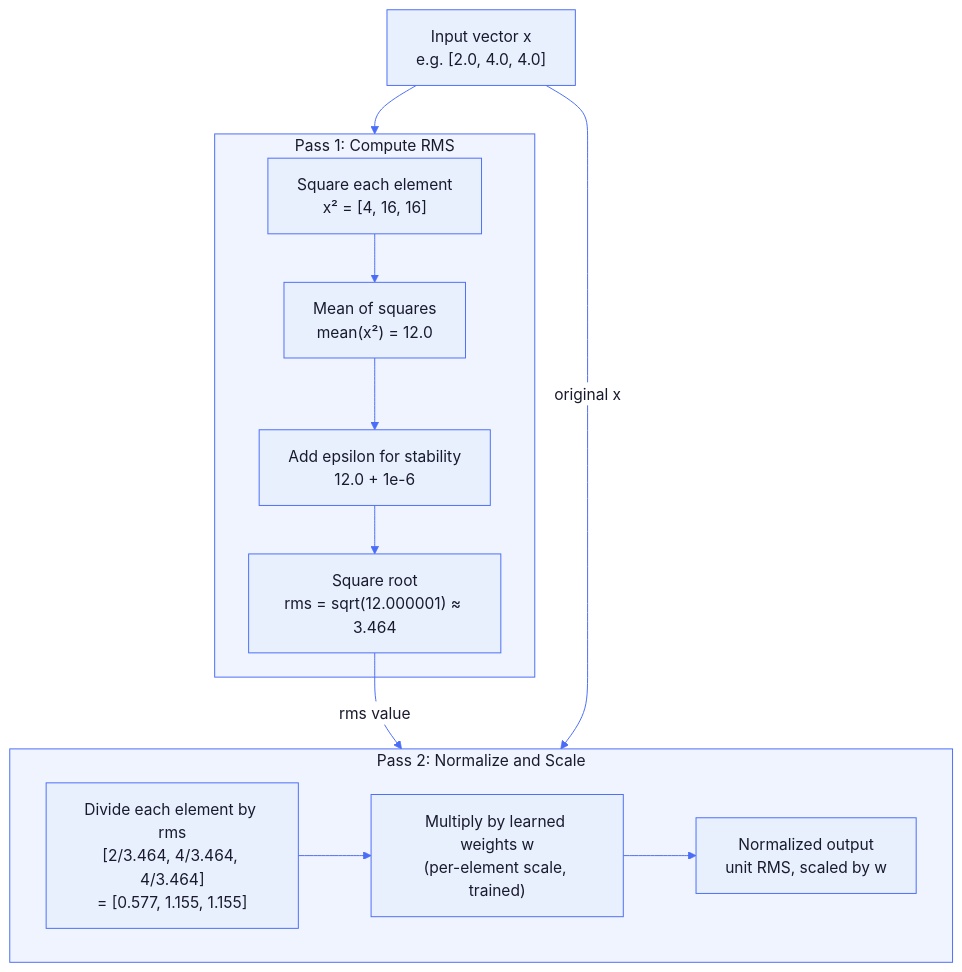
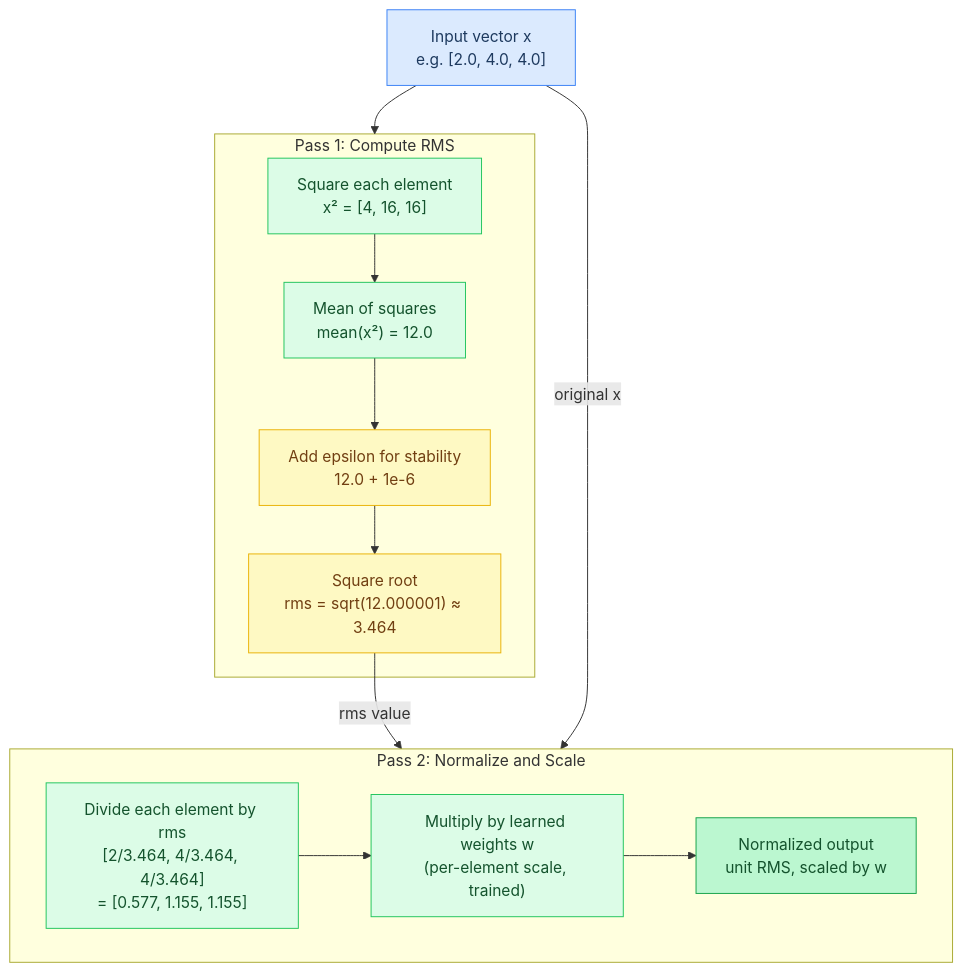
The fifth of 8 diagrams in docs/tutorial/appendix-math.md (maci0/agave), drawn with Mermaid before and after one commit. The commit also changed other lines of this file and 24 other files, not shown here.

First line of the commit message:
docs: convert all mermaid diagrams to classDef semantic colors

````diff
--- a/docs/tutorial/appendix-math.md
+++ b/docs/tutorial/appendix-math.md
@@ -355,37 +347,30 @@
 ```mermaid
-%%{init: {'theme': 'base', 'themeVariables': {
-  'primaryColor': '#e8f0fe',
-  'primaryTextColor': '#1a1a2e',
-  'primaryBorderColor': '#4a6cf7',
-  'lineColor': '#4a6cf7',
-  'secondaryColor': '#f0f4ff',
-  'tertiaryColor': '#f8f9ff',
-  'edgeLabelBackground': '#ffffff',
-  'clusterBkg': '#f0f4ff',
-  'clusterBorder': '#4a6cf7',
-  'titleColor': '#1a1a2e',
-  'nodeTextColor': '#1a1a2e',
-  'fontFamily': 'ui-monospace, SFMono-Regular, monospace'
-}}}%%
 flowchart TD
-    Input["Input vector x\ne.g. [2.0, 4.0, 4.0]"]
+    classDef setup     fill:#dbeafe,stroke:#3b82f6,color:#1e3a5f
+    classDef sync      fill:#dcfce7,stroke:#22c55e,color:#14532d
+    classDef migration fill:#fef9c3,stroke:#eab308,color:#713f12
+    classDef success   fill:#bbf7d0,stroke:#16a34a,color:#14532d
+    classDef danger    fill:#fee2e2,stroke:#ef4444,color:#7f1d1d
+    classDef optional  fill:#f3e8ff,stroke:#9333ea,color:#581c87
+
+    Input["Input vector x\ne.g. [2.0, 4.0, 4.0]"]:::setup
 
     subgraph Pass1["Pass 1: Compute RMS"]
-        Sq["Square each element\nx² = [4, 16, 16]"]
-        Mean["Mean of squares\nmean(x²) = 12.0"]
-        Eps["Add epsilon for stability\n12.0 + 1e-6"]
-        Sqrt["Square root\nrms = sqrt(12.000001) ≈ 3.464"]
+        Sq["Square each element\nx² = [4, 16, 16]"]:::sync
+        Mean["Mean of squares\nmean(x²) = 12.0"]:::sync
+        Eps["Add epsilon for stability\n12.0 + 1e-6"]:::migration
+        Sqrt["Square root\nrms = sqrt(12.000001) ≈ 3.464"]:::migration
         Sq --> Mean --> Eps --> Sqrt
     end
 
     subgraph Pass2["Pass 2: Normalize and Scale"]
-        Div["Divide each element by rms\n[2/3.464, 4/3.464, 4/3.464]\n= [0.577, 1.155, 1.155]"]
-        Scale["Multiply by learned weights w\n(per-element scale, trained)"]
-        Out["Normalized output\nunit RMS, scaled by w"]
+        Div["Divide each element by rms\n[2/3.464, 4/3.464, 4/3.464]\n= [0.577, 1.155, 1.155]"]:::sync
+        Scale["Multiply by learned weights w\n(per-element scale, trained)"]:::sync
+        Out["Normalized output\nunit RMS, scaled by w"]:::success
         Div --> Scale --> Out
     end
 
     Input --> Pass1
     Sqrt -->|"rms value"| Pass2
     Input -->|"original x"| Pass2
 ```
````
